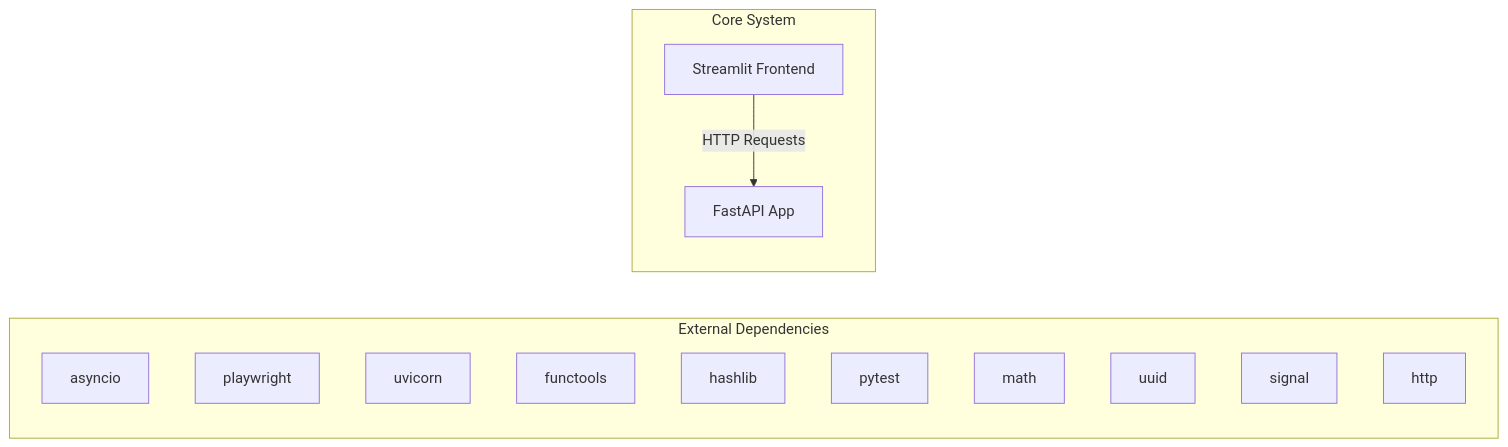
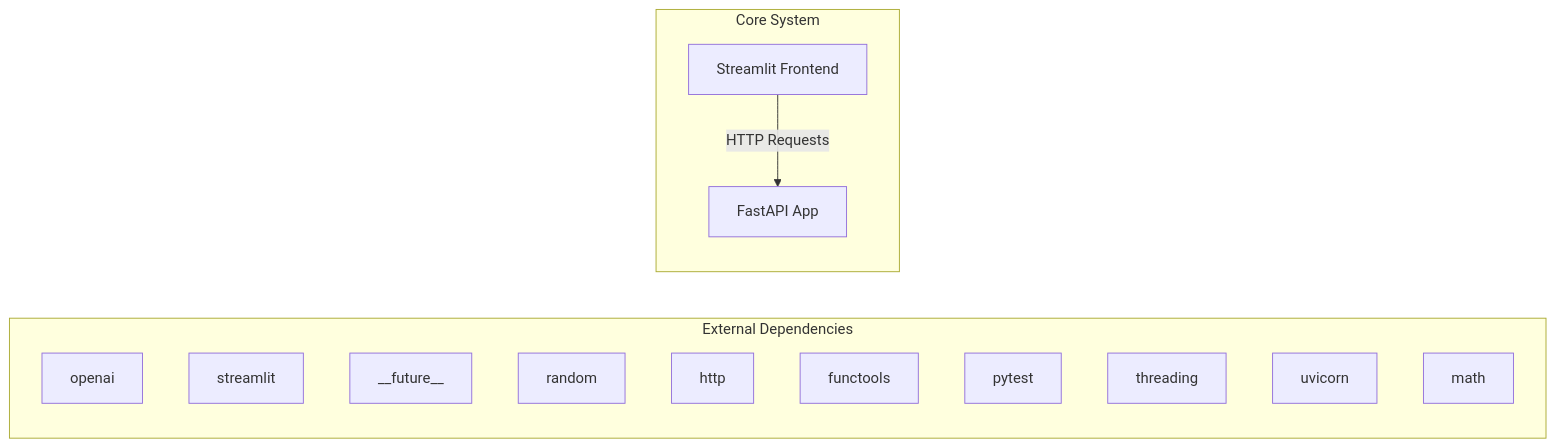
The first of 2 diagrams in docs/architecture.md (NITISH-R-G/rag-context-optimizer), drawn with Mermaid before and after one commit. The commit also changed 1 other file, not shown here.

Commit message:
docs: auto-update repository knowledge, architecture diagrams, and documentation

````diff
--- a/docs/architecture.md
+++ b/docs/architecture.md
@@ -7,20 +7,20 @@
 ```mermaid
 graph LR
     subgraph External Dependencies
-        E0["asyncio"]
-        E1["playwright"]
-        E2["uvicorn"]
-        E3["functools"]
-        E4["hashlib"]
-        E5["pytest"]
-        E6["math"]
-        E7["uuid"]
-        E8["signal"]
-        E9["http"]
+        E0["openai"]
+        E1["streamlit"]
+        E2["__future__"]
+        E3["random"]
+        E4["http"]
+        E5["functools"]
+        E6["pytest"]
+        E7["threading"]
+        E8["uvicorn"]
+        E9["math"]
     end
     subgraph Core System
         API["FastAPI App"]
         UI["Streamlit Frontend"]
     end
     UI -->|HTTP Requests| API
 ```
````
